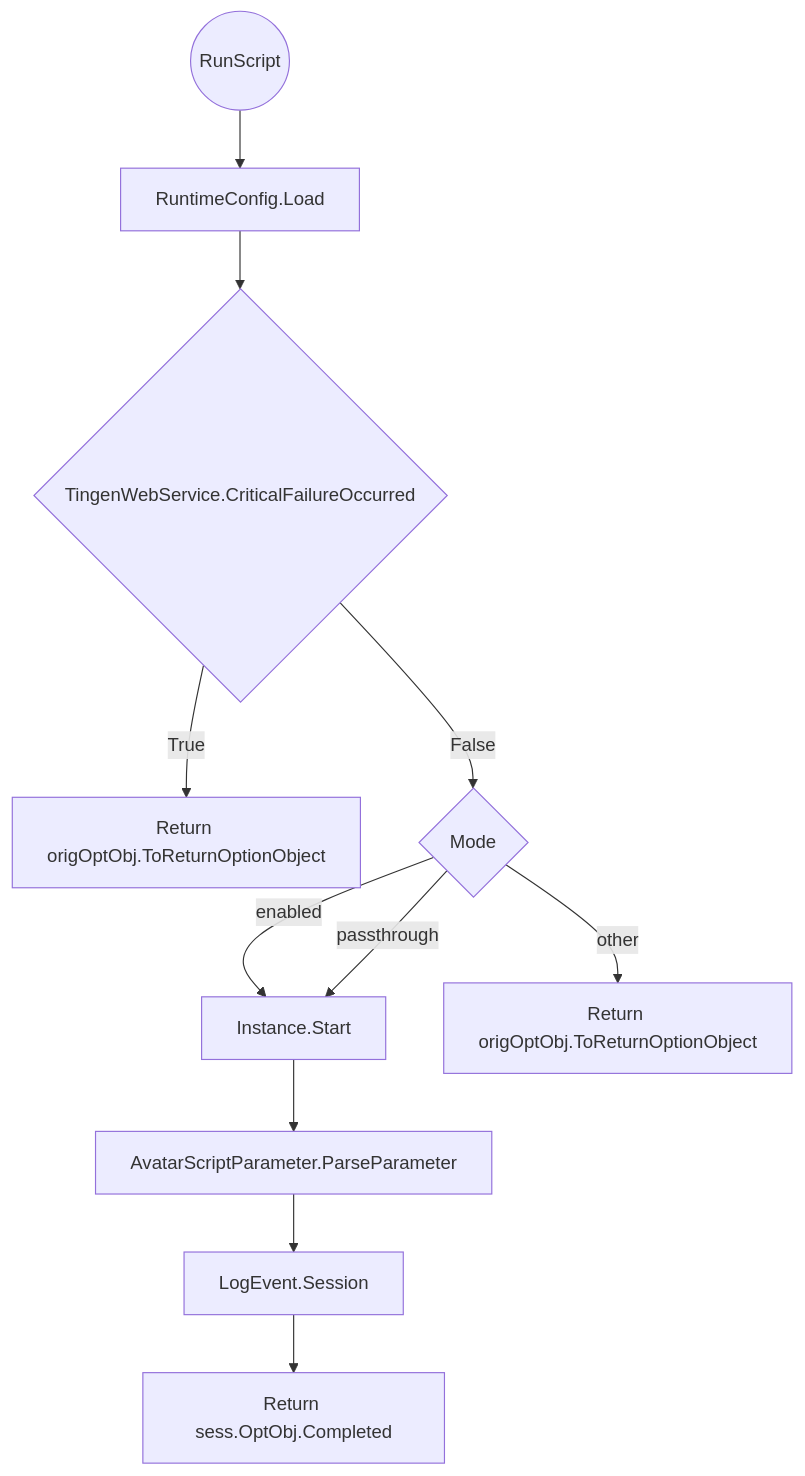
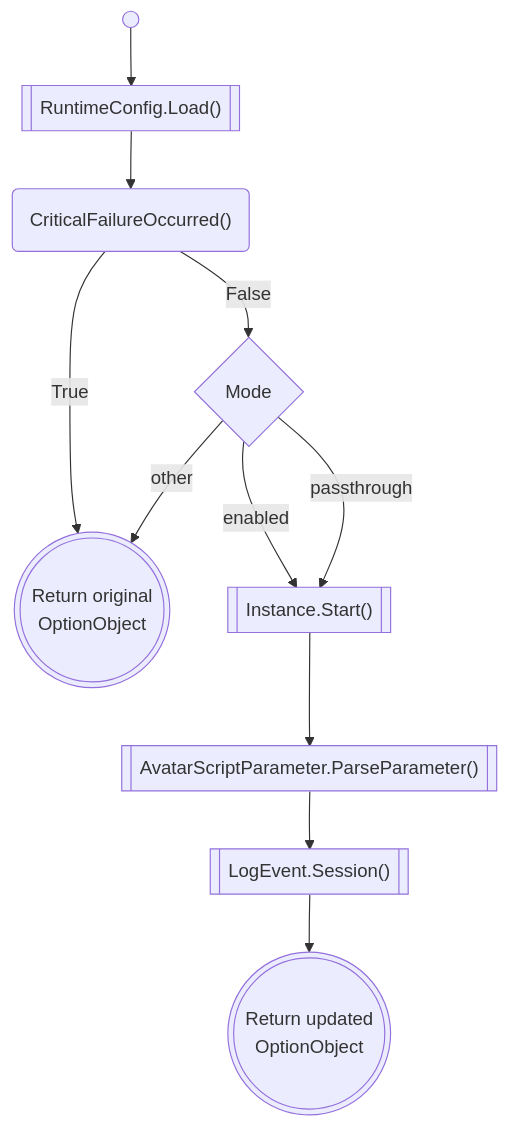
Before and after one commit to spectrum-health-systems/tingen-documentation: the first of 2 diagrams in static/diagrams/TingenWebService.md, drawn with Mermaid.

````diff
--- a/static/diagrams/TingenWebService.md
+++ b/static/diagrams/TingenWebService.md
@@ -24,13 +24,13 @@
 ```mermaid
 flowchart TD
-    A((RunScript)) --> B[RuntimeConfig.Load]
-    B --> C{TingenWebService.CriticalFailureOccurred}
-    C -- True --> D[Return origOptObj.ToReturnOptionObject]
-    C -- False --> E{Mode}
-    E -- enabled --> F[Instance.Start]
-    E -- passthrough --> F
-    E -- other --> J[Return origOptObj.ToReturnOptionObject]
-    F --> G[AvatarScriptParameter.ParseParameter]
-    G --> H[LogEvent.Session]
-    H --> I[Return sess.OptObj.Completed]
+    Start@{shape: sm-circ, label: ""} --> RuntimeConfig_Load@{shape: fr-rect, label: "RuntimeConfig.Load()"}
+    RuntimeConfig_Load --> CriticalFailureOccurred@{shape: rounded, label: "CriticalFailureOccurred()"}
+    CriticalFailureOccurred -- True --> ReturnOriginalOptionObject@{shape: dbl-circ, label: "Return original\nOptionObject"}
+    CriticalFailureOccurred -- False --> Mode@{shape: diam, label: "Mode"}
+    Mode -- enabled --> Instance.Start@{shape: fr-rect, label: "Instance.Start()"}
+    Mode -- passthrough --> Instance.Start
+    Mode -- other --> ReturnOriginalOptionObject
+    Instance.Start --> ParseParameter@{shape: fr-rect, label: "AvatarScriptParameter.ParseParameter()"}
+    ParseParameter --> LogSession@{shape: fr-rect, label: "LogEvent.Session()"}
+    LogSession --> ReturnUpdatedOptionObject@{shape: dbl-circ, label: "Return updated\nOptionObject"}
 ```
````
